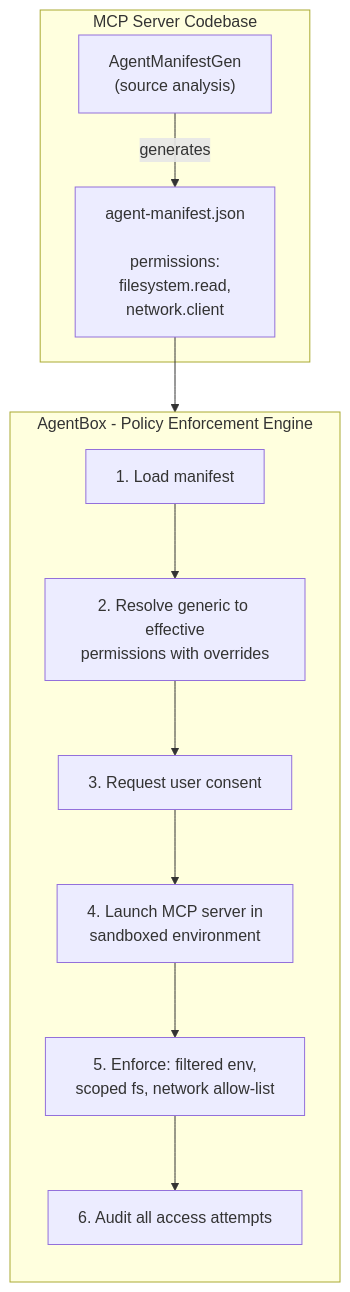
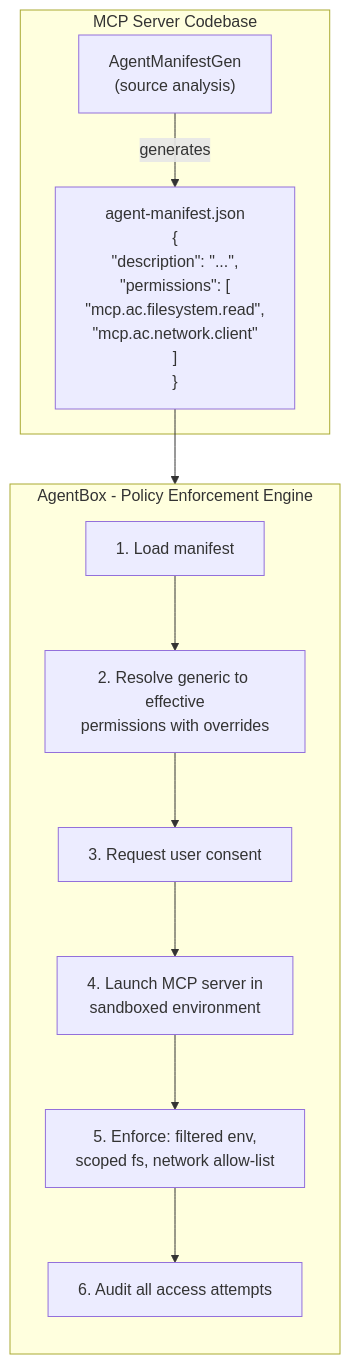
The diagram in README.md (dortort/agent-bound), drawn with Mermaid before and after one commit.

Commit message:
Show proper JSON structure in manifest diagram node
Use Mermaid # escape sequences (#123; #125; #91; #93; #quot;)
to render curly braces, brackets, and double quotes so the
agent-manifest.json node displays recognizable JSON content.

https://claude.ai/code/session_01NASCAhzHn3Ax3tVW7HkwaP

````diff
--- a/README.md
+++ b/README.md
@@ -23,21 +23,21 @@
 ```mermaid
 flowchart TD
     subgraph Codebase["MCP Server Codebase"]
         Gen["AgentManifestGen<br/>(source analysis)"]
-        Manifest["agent-manifest.json<br/><br/>permissions:<br/>filesystem.read,<br/>network.client"]
+        Manifest["agent-manifest.json<br/>#123;<br/>  #quot;description#quot;: #quot;...#quot;,<br/>  #quot;permissions#quot;: #91;<br/>    #quot;mcp.ac.filesystem.read#quot;,<br/>    #quot;mcp.ac.network.client#quot;<br/>  #93;<br/>#125;"]
         Gen -->|generates| Manifest
     end
 
     Manifest --> S1
 
     subgraph Box["AgentBox - Policy Enforcement Engine"]
         direction TB
         S1["1. Load manifest"]
         S2["2. Resolve generic to effective<br/>permissions with overrides"]
         S3["3. Request user consent"]
         S4["4. Launch MCP server in<br/>sandboxed environment"]
         S5["5. Enforce: filtered env,<br/>scoped fs, network allow-list"]
         S6["6. Audit all access attempts"]
         S1 --> S2 --> S3 --> S4 --> S5 --> S6
     end
 ```
````
